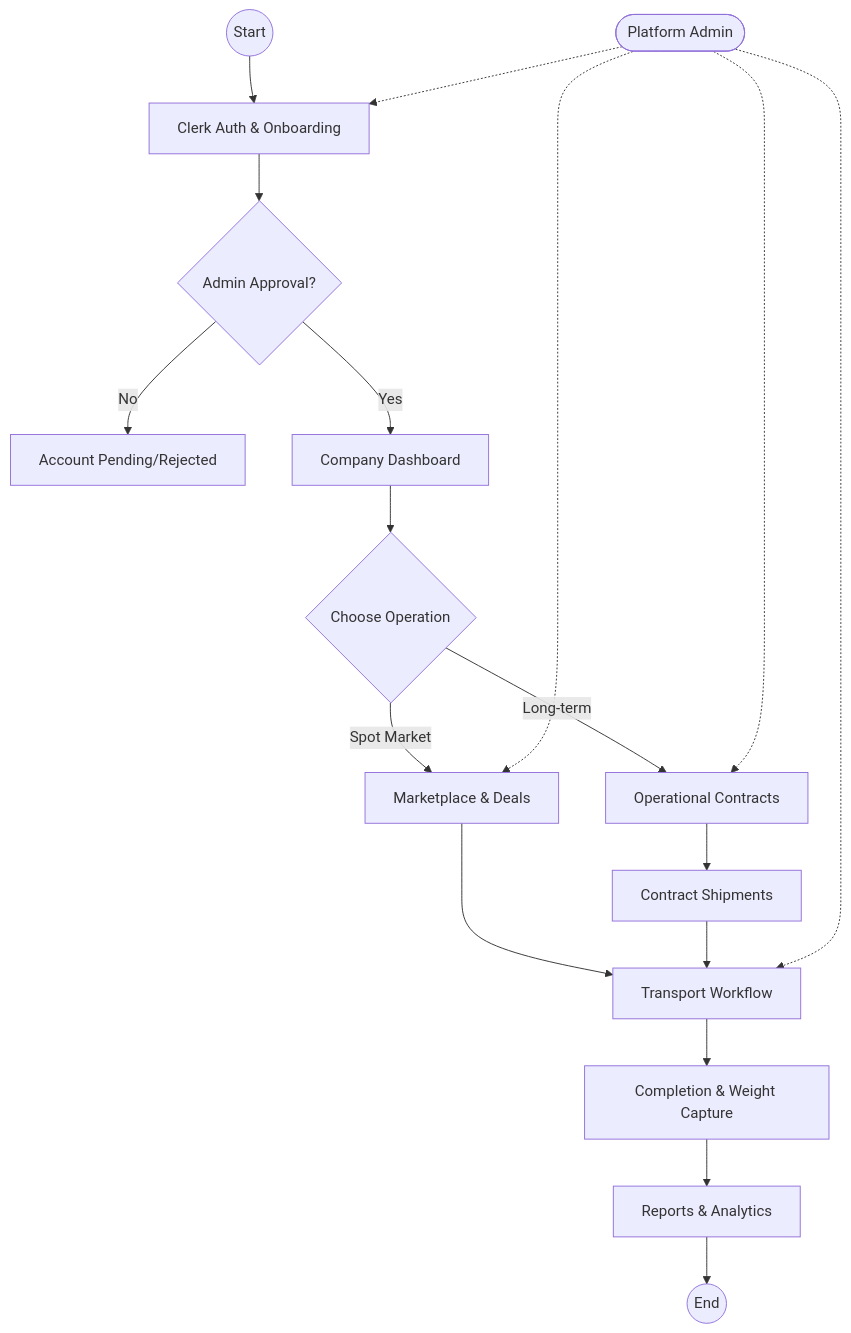
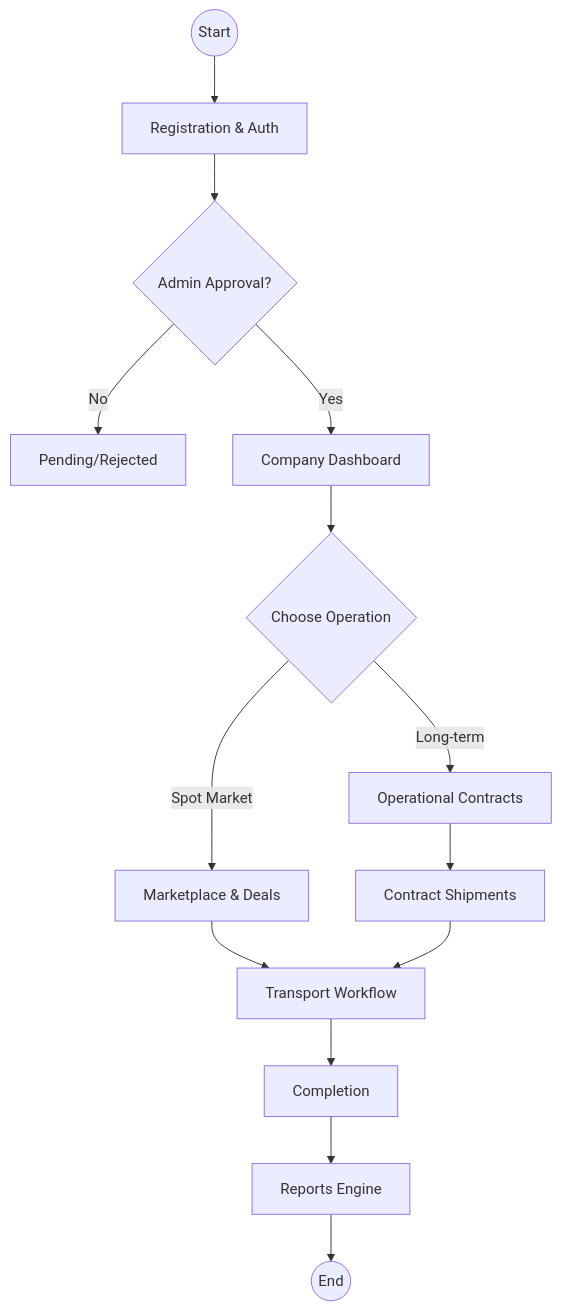
Before and after one commit to mmuaibed/Tadweerah-Hub: the first of 12 diagrams in docs/WORKFLOW_ARCHITECTURE.md, drawn with Mermaid. The commit also changed other lines of this file, not shown here.

Commit message:
docs: restructure workflow architecture to separate current vs future scope and add licensed transporter and recycled materials markets

````diff
--- a/docs/WORKFLOW_ARCHITECTURE.md
+++ b/docs/WORKFLOW_ARCHITECTURE.md
@@ -28,25 +63,19 @@
 ```mermaid
 flowchart TD
-    Start((Start)) --> Auth[Clerk Auth & Onboarding]
+    Start((Start)) --> Auth[Registration & Auth]
     Auth --> AdminApprove{Admin Approval?}
-    AdminApprove -- No --> Hold[Account Pending/Rejected]
+    AdminApprove -- No --> Hold[Pending/Rejected]
     AdminApprove -- Yes --> Dashboard[Company Dashboard]
     
     Dashboard --> PathChoice{Choose Operation}
     PathChoice -- Spot Market --> Marketplace[Marketplace & Deals]
     PathChoice -- Long-term --> Contracts[Operational Contracts]
     
     Marketplace --> Transport[Transport Workflow]
     Contracts --> Shipments[Contract Shipments]
     Shipments --> Transport
     
-    Transport --> Closure[Completion & Weight Capture]
-    Closure --> Reports[Reports & Analytics]
+    Transport --> Closure[Completion]
+    Closure --> Reports[Reports Engine]
     Reports --> End((End))
-    
-    %% Admin Overview
-    Admin([Platform Admin]) -.-> Auth
-    Admin -.-> Marketplace
-    Admin -.-> Contracts
-    Admin -.-> Transport
 ```
````
